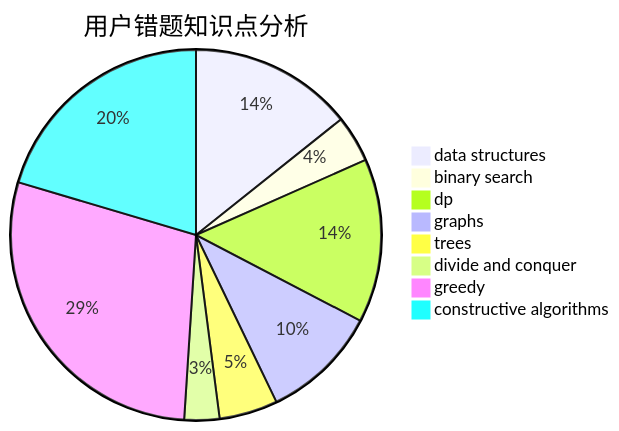
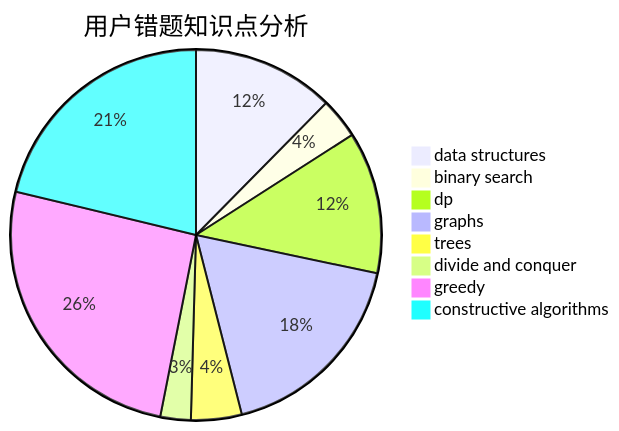
The third of 3 diagrams in docs/user/u952.md (sherpahu/cfrs.github.io), drawn with Mermaid before and after one commit. The commit also changed other lines of this file and 2770 other files, not shown here.

````diff
--- a/docs/user/u952.md
+++ b/docs/user/u952.md
@@ -36,11 +36,11 @@
 ```mermaid
 pie title 用户错题知识点分析
     "data structures" :  14
     "binary search" :  4
     "dp" :  14
-    "graphs" :  10
+    "graphs" :  20
     "trees" :  5
     "divide and conquer" :  3
-    "greedy" :  28
-    "constructive algorithms" :  20
+    "greedy" :  29
+    "constructive algorithms" :  24
 ```
````
